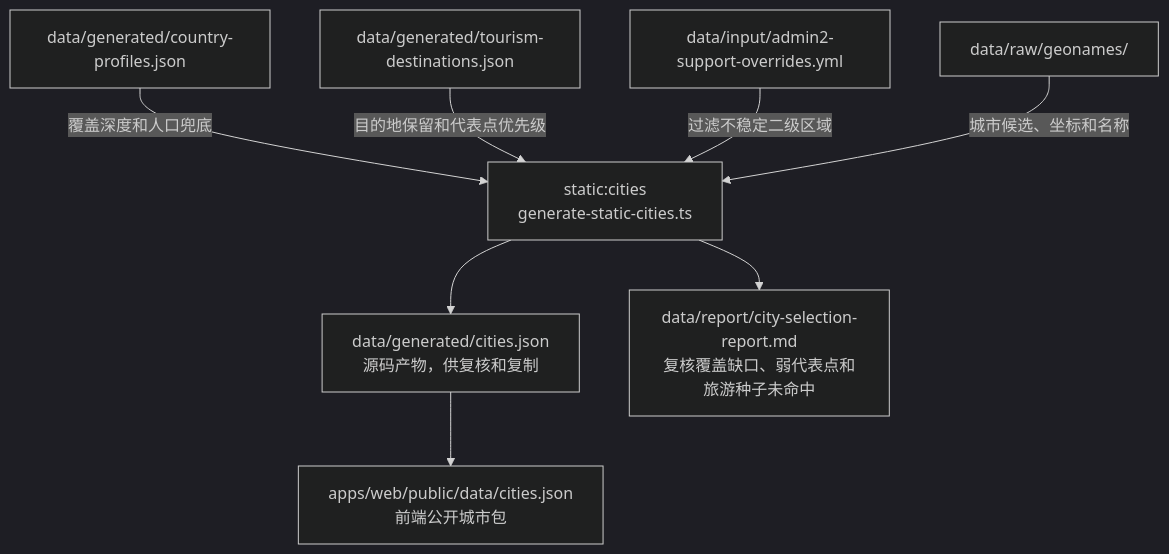
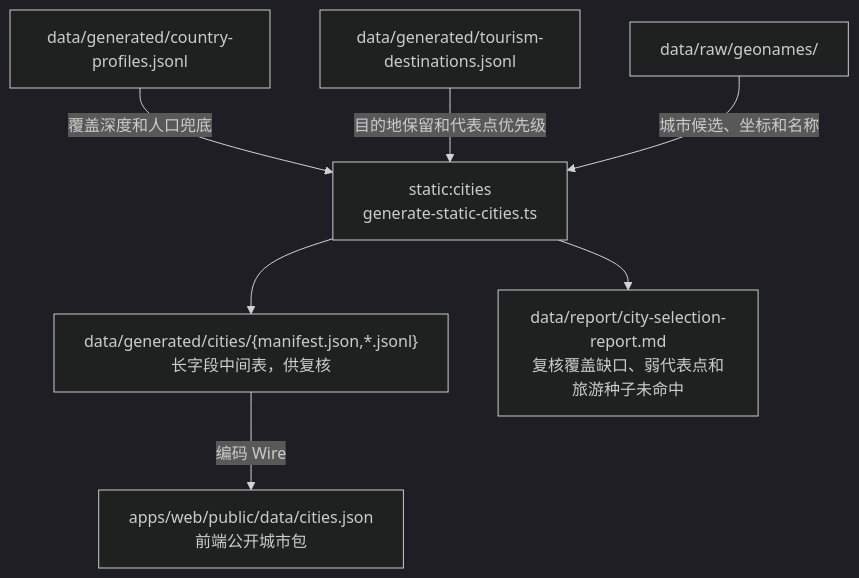
Before and after one commit to xiaomingio/weather-trip: the fourth of 6 diagrams in docs/specs/31-data-flow.md, drawn with Mermaid (dark theme). The commit also changed other lines of this file and 499 other files, not shown here.

Commit message:
chore: compact generated public data

````diff
--- a/docs/specs/31-data-flow.md
+++ b/docs/specs/31-data-flow.md
@@ -190,18 +221,17 @@
 ```mermaid
 flowchart TB
-  profilesGenerated["data/generated/country-profiles.json"]
-  tourismGenerated["data/generated/tourism-destinations.json"]
-  admin2Support["data/input/admin2-support-overrides.yml"]
+  profilesGenerated["data/generated/country-profiles.jsonl"]
+  tourismGenerated["data/generated/tourism-destinations.jsonl"]
   rawGeonames["data/raw/geonames/"]
   generateCities["static:cities<br/>generate-static-cities.ts"]
-  citiesData["data/generated/cities.json<br/>源码产物，供复核和复制"]
+  citiesData["data/generated/cities/{manifest.json,*.jsonl}<br/>长字段中间表，供复核"]
   cityReport["data/report/city-selection-report.md<br/>复核覆盖缺口、弱代表点和旅游种子未命中"]
   publicCities["apps/web/public/data/cities.json<br/>前端公开城市包"]
 
   profilesGenerated -->|覆盖深度和人口兜底| generateCities
   tourismGenerated -->|目的地保留和代表点优先级| generateCities
-  admin2Support -->|过滤不稳定二级区域| generateCities
   rawGeonames -->|城市候选、坐标和名称| generateCities
-  generateCities --> citiesData --> publicCities
+  generateCities --> citiesData
+  citiesData -->|编码 Wire| publicCities
   generateCities --> cityReport
 ```
````
